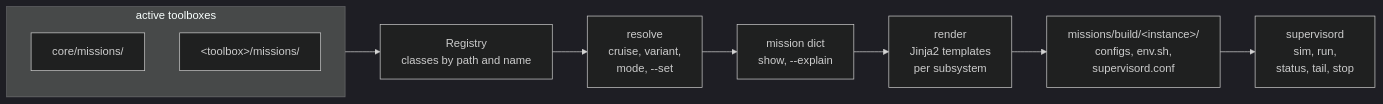
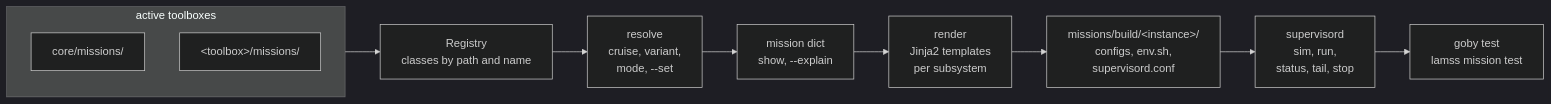
One commit to GobySoft/lamss3 changed the diagram in docs/missions/index.md. Above: the diagram before and after it, drawn with Mermaid (dark theme). The commit also changed other lines of this file and 5 other files, not shown here.

First line of the commit message:
Document lamss mission test and bring the mission pages up to this PR

````diff
--- a/docs/missions/index.md
+++ b/docs/missions/index.md
@@ -7,13 +7,14 @@
 ```mermaid
 flowchart LR
   subgraph toolboxes [active toolboxes]
     core[core/missions/]
     other[&lt;toolbox&gt;/missions/]
   end
   toolboxes --> registry[Registry<br/>classes by path and name]
   registry --> resolve["resolve<br/>cruise, variant,<br/>mode, --set"]
   resolve --> mission[mission dict<br/>show, --explain]
   mission --> render[render<br/>Jinja2 templates<br/>per subsystem]
   render --> build["missions/build/&lt;instance&gt;/<br/>configs, env.sh,<br/>supervisord.conf"]
   build --> sup[supervisord<br/>sim, run,<br/>status, tail, stop]
+  sup --> test[goby test<br/>lamss mission test]
 ```
````
